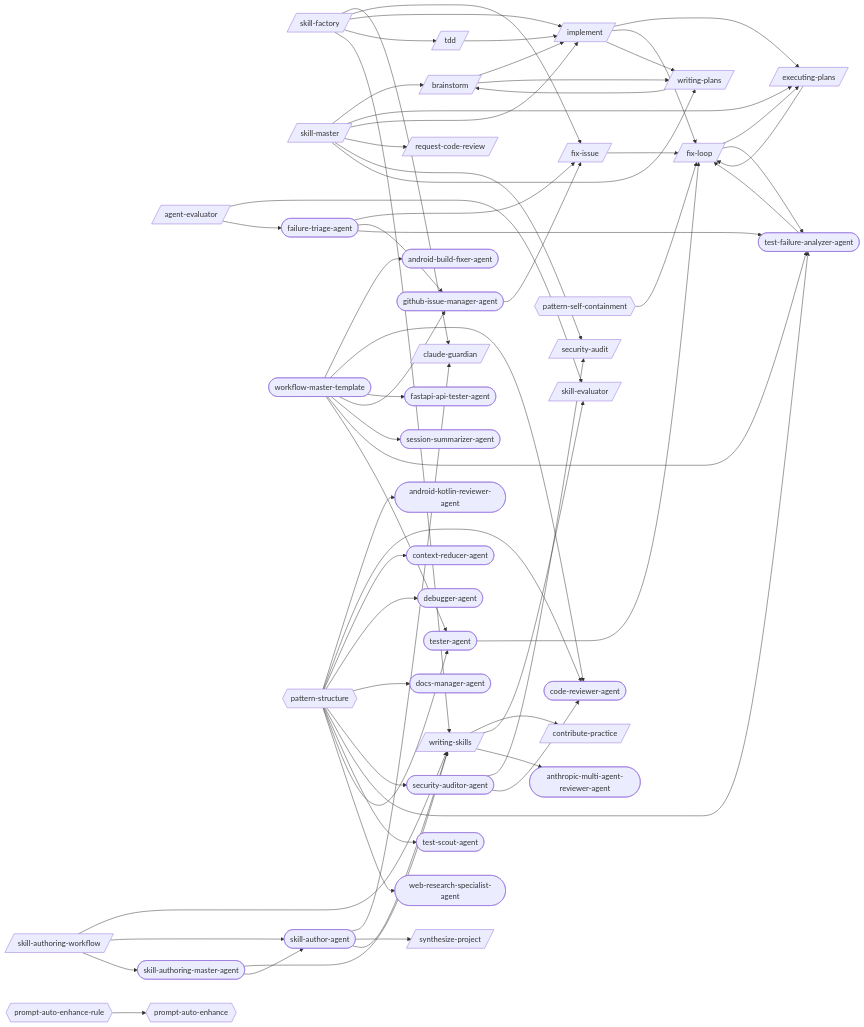
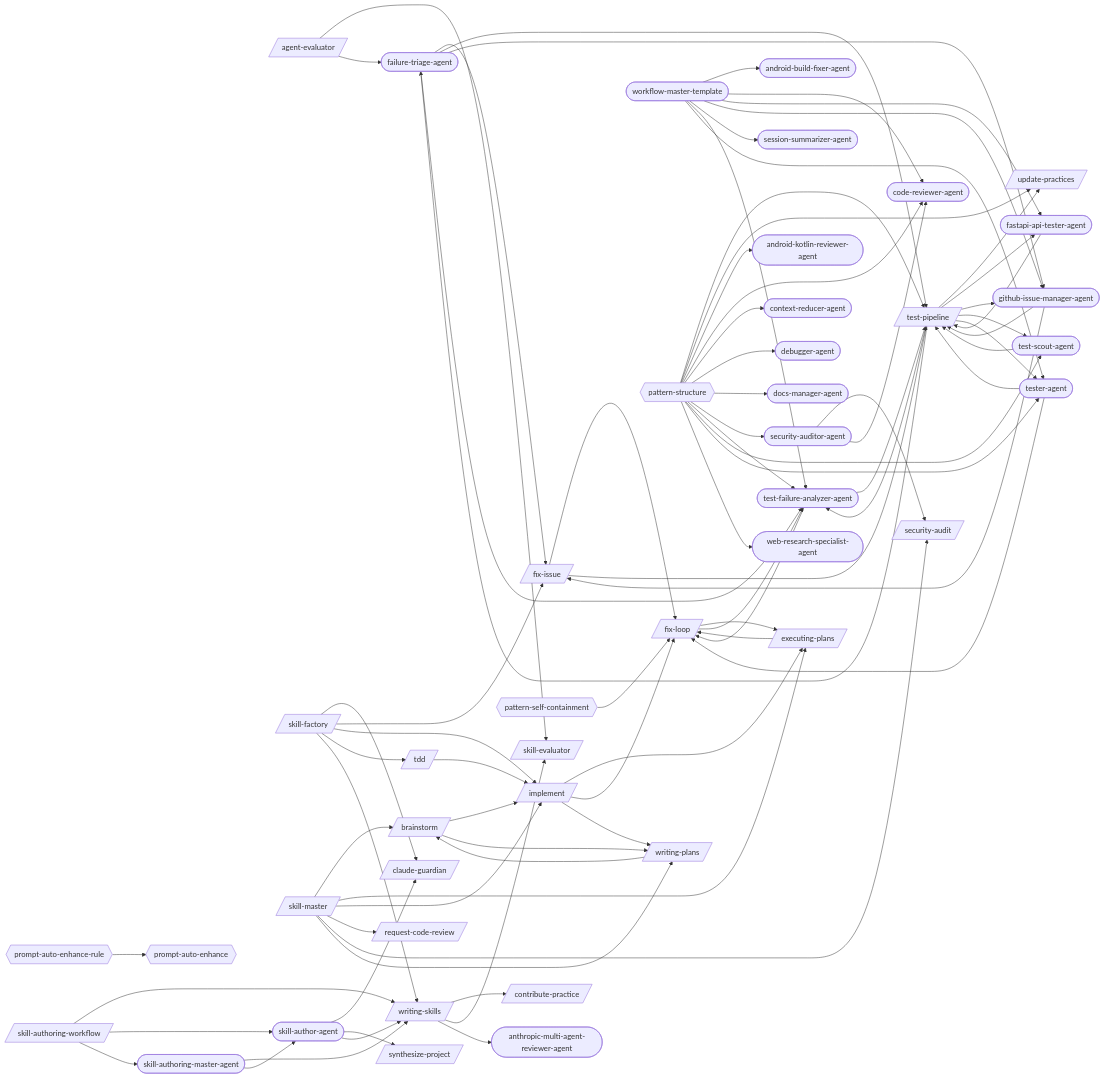
Before and after one commit to abhayla/claude-best-practices: the first of 25 diagrams in docs/workflows/skill-authoring.md, drawn with Mermaid. The commit also changed other lines of this file and 12 other files, not shown here.

```diff
--- a/docs/workflows/skill-authoring.md
+++ b/docs/workflows/skill-authoring.md
@@ -24,6 +24,8 @@
     skill_master[/skill-master/]
     synthesize_project[/synthesize-project/]
     tdd[/tdd/]
+    test_pipeline[/test-pipeline/]
+    update_practices[/update-practices/]
     writing_plans[/writing-plans/]
     writing_skills[/writing-skills/]
     android_build_fixer_agent([android-build-fixer-agent])
@@ -55,6 +57,7 @@
     brainstorm --> writing_plans
     executing_plans --> fix_loop
     fix_issue --> fix_loop
+    fix_issue --> test_pipeline
     fix_loop --> executing_plans
     fix_loop --> test_failure_analyzer_agent
     implement --> executing_plans
@@ -75,14 +78,24 @@
     skill_master --> security_audit
     skill_master --> writing_plans
     tdd --> implement
+    test_pipeline --> update_practices
+    test_pipeline --> failure_triage_agent
+    test_pipeline --> fastapi_api_tester_agent
+    test_pipeline --> github_issue_manager_agent
+    test_pipeline --> test_failure_analyzer_agent
+    test_pipeline --> test_scout_agent
+    test_pipeline --> tester_agent
     writing_plans --> brainstorm
     writing_skills --> contribute_practice
     writing_skills --> skill_evaluator
     writing_skills --> anthropic_multi_agent_reviewer_agent
     failure_triage_agent --> fix_issue
+    failure_triage_agent --> test_pipeline
     failure_triage_agent --> github_issue_manager_agent
     failure_triage_agent --> test_failure_analyzer_agent
+    fastapi_api_tester_agent --> test_pipeline
     github_issue_manager_agent --> fix_issue
+    github_issue_manager_agent --> test_pipeline
     security_auditor_agent --> security_audit
     security_auditor_agent --> code_reviewer_agent
     skill_author_agent --> claude_guardian
@@ -91,7 +104,10 @@
     skill_authoring_master_agent --> writing_skills
     skill_authoring_master_agent --> skill_author_agent
     test_failure_analyzer_agent --> fix_loop
+    test_failure_analyzer_agent --> test_pipeline
+    test_scout_agent --> test_pipeline
     tester_agent --> fix_loop
+    tester_agent --> test_pipeline
     workflow_master_template --> android_build_fixer_agent
     workflow_master_template --> code_reviewer_agent
     workflow_master_template --> fastapi_api_tester_agent
@@ -100,6 +116,8 @@
     workflow_master_template --> test_failure_analyzer_agent
     workflow_master_template --> tester_agent
     pattern_self_containment --> fix_loop
+    pattern_structure --> test_pipeline
+    pattern_structure --> update_practices
     pattern_structure --> android_kotlin_reviewer_agent
     pattern_structure --> code_reviewer_agent
     pattern_structure --> context_reducer_agent
```
